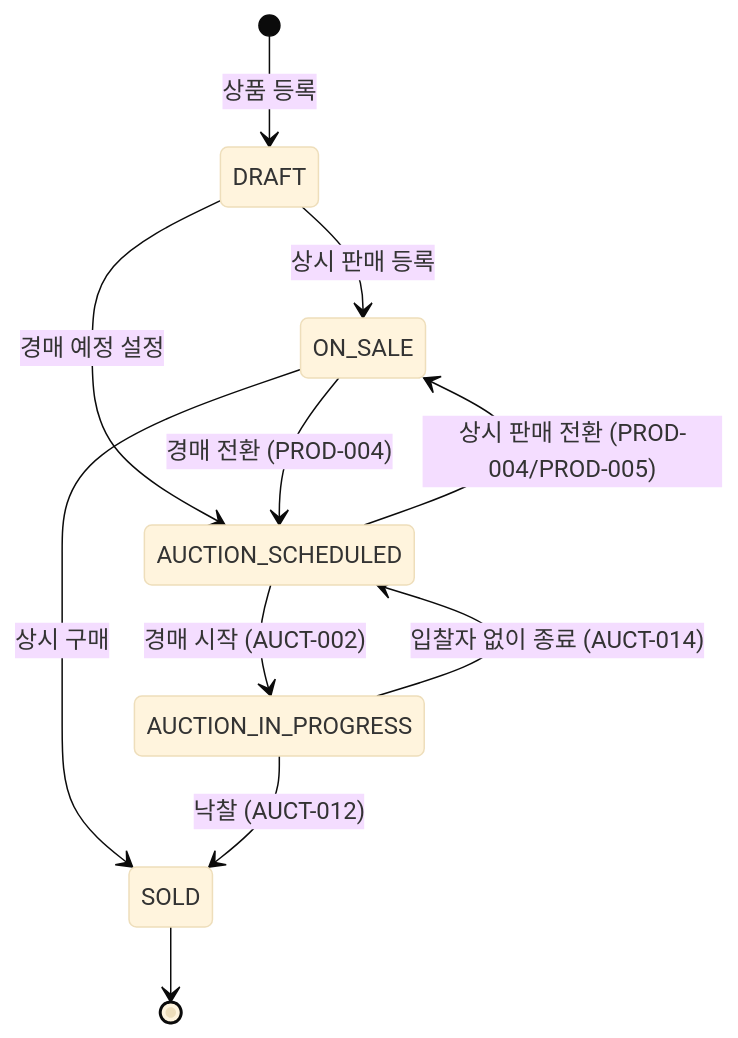
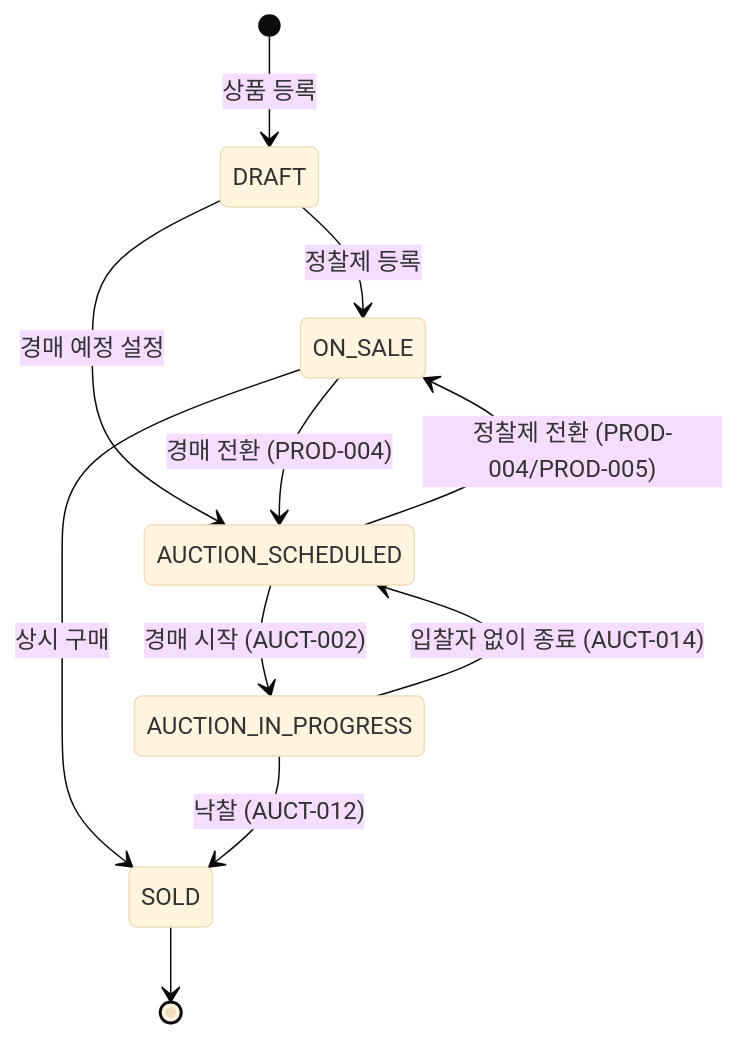
One commit to Team-vintib/Vintib-AI changed the third of 3 diagrams in BE/docs/db/erd.md. Above: the diagram before and after it, drawn with Mermaid (base theme). The commit also changed other lines of this file and 36 other files, not shown here.

````diff
--- a/BE/docs/db/erd.md
+++ b/BE/docs/db/erd.md
@@ -126,13 +126,13 @@
 ```mermaid
 stateDiagram-v2
     [*] --> DRAFT : 상품 등록
-    DRAFT --> ON_SALE : 상시 판매 등록
+    DRAFT --> ON_SALE : 정찰제 등록
     DRAFT --> AUCTION_SCHEDULED : 경매 예정 설정
     ON_SALE --> AUCTION_SCHEDULED : 경매 전환 (PROD-004)
-    AUCTION_SCHEDULED --> ON_SALE : 상시 판매 전환 (PROD-004/PROD-005)
+    AUCTION_SCHEDULED --> ON_SALE : 정찰제 전환 (PROD-004/PROD-005)
     AUCTION_SCHEDULED --> AUCTION_IN_PROGRESS : 경매 시작 (AUCT-002)
     AUCTION_IN_PROGRESS --> AUCTION_SCHEDULED : 입찰자 없이 종료 (AUCT-014)
     ON_SALE --> SOLD : 상시 구매
     AUCTION_IN_PROGRESS --> SOLD : 낙찰 (AUCT-012)
     SOLD --> [*]
 ```
````
